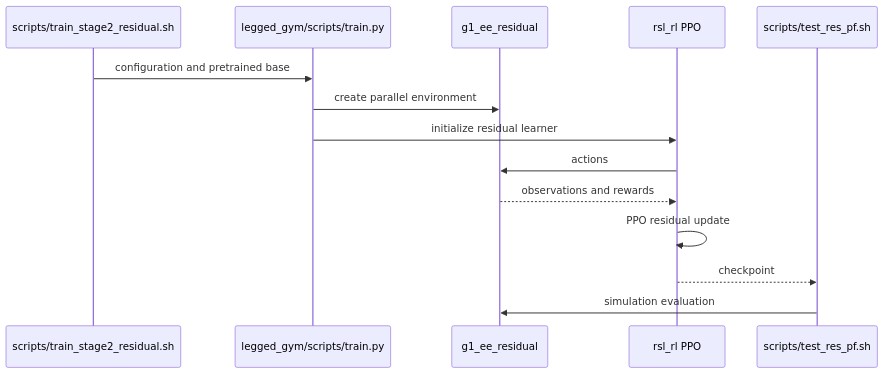
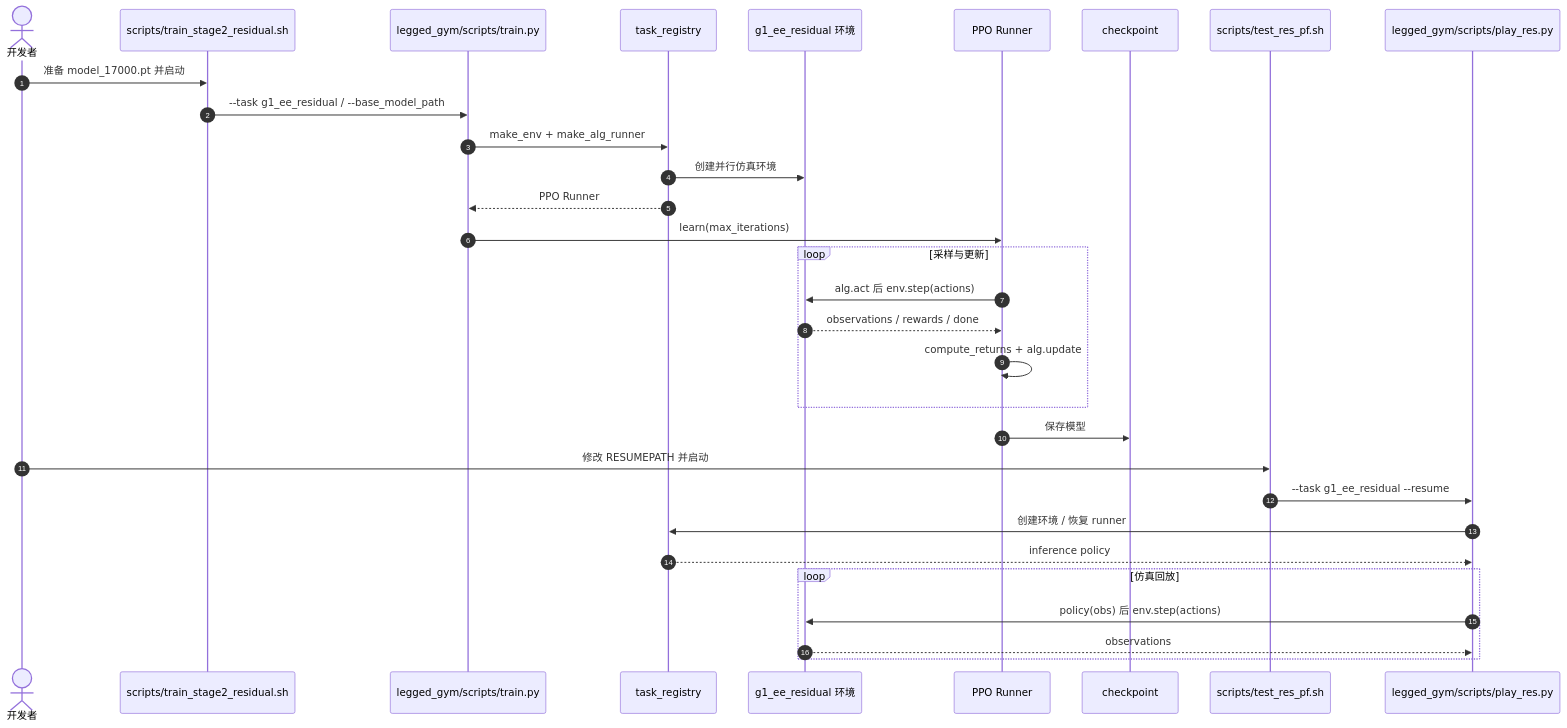
One commit to ImChong/Robotics_Notebooks changed the second of 2 diagrams in wiki/entities/paper-forge-force-aware-loco-manipulation.md. Above: the diagram before and after it, drawn with Mermaid. The commit also changed other lines of this file, not shown here.

````diff
--- a/wiki/entities/paper-forge-force-aware-loco-manipulation.md
+++ b/wiki/entities/paper-forge-force-aware-loco-manipulation.md
@@ -91,16 +114,33 @@
 ```mermaid
 sequenceDiagram
-  participant U as scripts/train_stage2_residual.sh
-  participant T as legged_gym/scripts/train.py
-  participant E as g1_ee_residual
-  participant R as rsl_rl PPO
-  participant P as scripts/test_res_pf.sh
-  U->>T: configuration and pretrained base
-  T->>E: create parallel environment
-  T->>R: initialize residual learner
-  R->>E: actions
-  E-->>R: observations and rewards
-  R->>R: PPO residual update
-  R-->>P: checkpoint
-  P->>E: simulation evaluation
+    autonumber
+    actor Dev as 开发者
+    participant SH as scripts/train_stage2_residual.sh
+    participant Train as legged_gym/scripts/train.py
+    participant Reg as task_registry
+    participant Env as g1_ee_residual 环境
+    participant Run as PPO Runner
+    participant CK as checkpoint
+    participant Test as scripts/test_res_pf.sh
+    participant Play as legged_gym/scripts/play_res.py
+    Dev->>SH: 准备 model_17000.pt 并启动
+    SH->>Train: --task g1_ee_residual / --base_model_path
+    Train->>Reg: make_env + make_alg_runner
+    Reg->>Env: 创建并行仿真环境
+    Reg-->>Train: PPO Runner
+    Train->>Run: learn(max_iterations)
+    loop 采样与更新
+        Run->>Env: alg.act 后 env.step(actions)
+        Env-->>Run: observations / rewards / done
+        Run->>Run: compute_returns + alg.update
+    end
+    Run->>CK: 保存模型
+    Dev->>Test: 修改 RESUMEPATH 并启动
+    Test->>Play: --task g1_ee_residual --resume
+    Play->>Reg: 创建环境 / 恢复 runner
+    Reg-->>Play: inference policy
+    loop 仿真回放
+        Play->>Env: policy(obs) 后 env.step(actions)
+        Env-->>Play: observations
+    end
 ```
````
